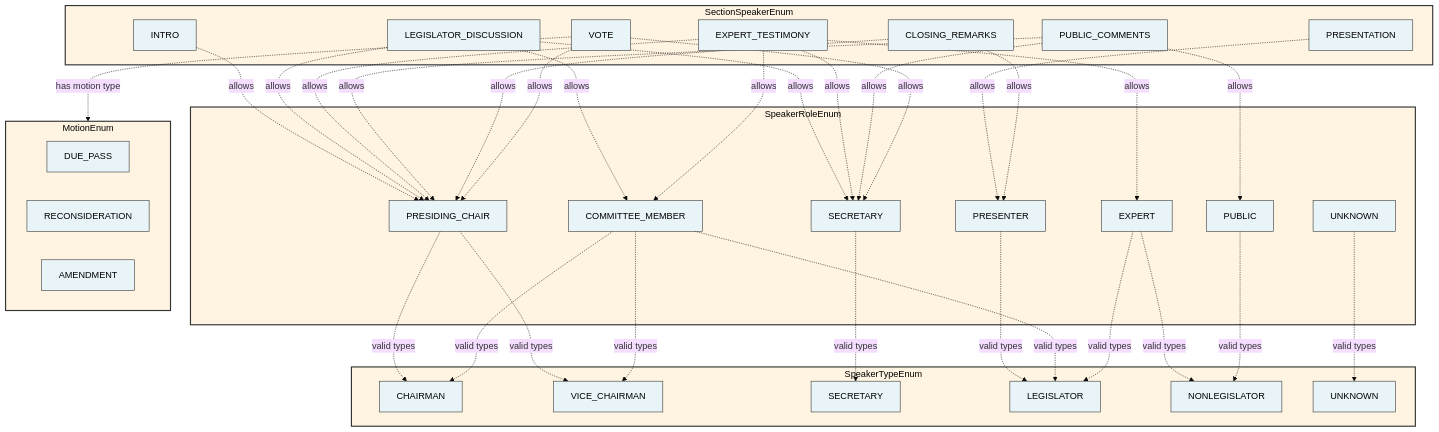
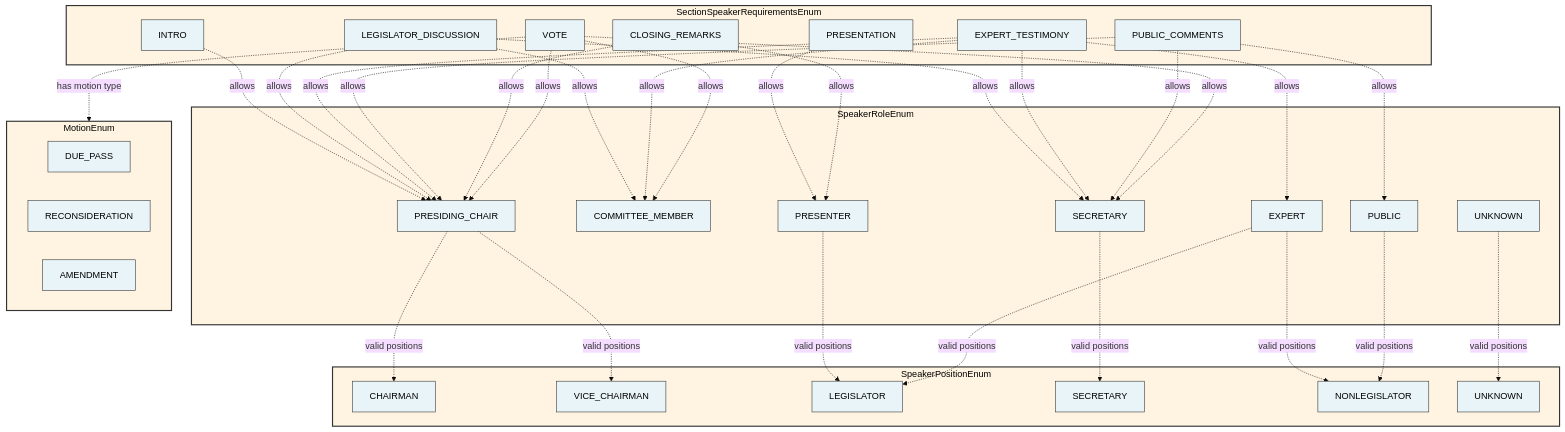
One commit to IsaacFigNewton/CommitteeHearingDiscourseParser changed the first of 2 diagrams in README.md. Above: the diagram before and after it, drawn with Mermaid (base theme). The commit also changed other lines of this file and 1 other file, not shown here.

Commit message:
updated data model figures
updated README.md
also updated INFERENCE_RULES.md table

````diff
--- a/README.md
+++ b/README.md
@@ -28,80 +30,78 @@
 ```mermaid
 graph TB
-    subgraph "SpeakerTypeEnum"
-        ST_CHAIRMAN[CHAIRMAN]
-        ST_VICE_CHAIRMAN[VICE_CHAIRMAN]
-        ST_SECRETARY[SECRETARY]
-        ST_LEGISLATOR[LEGISLATOR]
-        ST_NONLEGISLATOR[NONLEGISLATOR]
-        ST_UNKNOWN[UNKNOWN]
+    subgraph "SpeakerPositionEnum"
+        SP_CHAIRMAN[CHAIRMAN]
+        SP_VICE_CHAIRMAN[VICE_CHAIRMAN]
+        SP_LEGISLATOR[LEGISLATOR]
+        SP_SECRETARY[SECRETARY]
+        SP_NONLEGISLATOR[NONLEGISLATOR]
+        SP_UNKNOWN[UNKNOWN]
     end
 
     subgraph "SpeakerRoleEnum"
         SR_PRESIDING_CHAIR[PRESIDING_CHAIR]
+        SR_COMMITTEE_MEMBER[COMMITTEE_MEMBER]
         SR_SECRETARY[SECRETARY]
         SR_PRESENTER[PRESENTER]
-        SR_COMMITTEE_MEMBER[COMMITTEE_MEMBER]
         SR_EXPERT[EXPERT]
         SR_PUBLIC[PUBLIC]
         SR_UNKNOWN[UNKNOWN]
     end
 
-    subgraph "SectionSpeakerEnum"
+    subgraph "SectionSpeakerRequirementsEnum"
         INTRO[INTRO]
         PRESENTATION[PRESENTATION]
         LEGISLATOR_DISCUSSION[LEGISLATOR_DISCUSSION]
         EXPERT_TESTIMONY[EXPERT_TESTIMONY]
         PUBLIC_COMMENTS[PUBLIC_COMMENTS]
         CLOSING_REMARKS[CLOSING_REMARKS]
         VOTE[VOTE]
     end
 
     subgraph "MotionEnum"
         DUE_PASS[DUE_PASS]
         RECONSIDERATION[RECONSIDERATION]
         AMENDMENT[AMENDMENT]
     end
 
-    %% SpeakerRoleRequirementsEnum -> SpeakerTypeEnum mappings
-    SR_PRESIDING_CHAIR -.->|valid types| ST_CHAIRMAN
-    SR_PRESIDING_CHAIR -.->|valid types| ST_VICE_CHAIRMAN
-    SR_SECRETARY -.->|valid types| ST_SECRETARY
-    SR_PRESENTER -.->|valid types| ST_LEGISLATOR
-    SR_COMMITTEE_MEMBER -.->|valid types| ST_CHAIRMAN
-    SR_COMMITTEE_MEMBER -.->|valid types| ST_VICE_CHAIRMAN
-    SR_COMMITTEE_MEMBER -.->|valid types| ST_LEGISLATOR
-    SR_EXPERT -.->|valid types| ST_LEGISLATOR
-    SR_EXPERT -.->|valid types| ST_NONLEGISLATOR
-    SR_PUBLIC -.->|valid types| ST_NONLEGISLATOR
-    SR_UNKNOWN -.->|valid types| ST_UNKNOWN
+    %% SpeakerRoleRequirementsEnum -> SpeakerPositionEnum mappings
+    SR_PRESIDING_CHAIR -.->|valid positions| SP_CHAIRMAN
+    SR_PRESIDING_CHAIR -.->|valid positions| SP_VICE_CHAIRMAN
+    SR_SECRETARY -.->|valid positions| SP_SECRETARY
+    SR_PRESENTER -.->|valid positions| SP_LEGISLATOR
+    SR_EXPERT -.->|valid positions| SP_LEGISLATOR
+    SR_EXPERT -.->|valid positions| SP_NONLEGISLATOR
+    SR_PUBLIC -.->|valid positions| SP_NONLEGISLATOR
+    SR_UNKNOWN -.->|valid positions| SP_UNKNOWN
 
-    %% SectionSpeakerEnum -> SpeakerRoleEnum validations
+    %% SectionSpeakerRequirementsEnum -> SpeakerRoleEnum validations
     INTRO -.->|allows| SR_PRESIDING_CHAIR
     PRESENTATION -.->|allows| SR_PRESENTER
     LEGISLATOR_DISCUSSION -.->|allows| SR_PRESIDING_CHAIR
     LEGISLATOR_DISCUSSION -.->|allows| SR_SECRETARY
     LEGISLATOR_DISCUSSION -.->|allows| SR_COMMITTEE_MEMBER
     EXPERT_TESTIMONY -.->|allows| SR_PRESIDING_CHAIR
     EXPERT_TESTIMONY -.->|allows| SR_SECRETARY
     EXPERT_TESTIMONY -.->|allows| SR_COMMITTEE_MEMBER
     EXPERT_TESTIMONY -.->|allows| SR_EXPERT
     PUBLIC_COMMENTS -.->|allows| SR_PRESIDING_CHAIR
     PUBLIC_COMMENTS -.->|allows| SR_SECRETARY
     PUBLIC_COMMENTS -.->|allows| SR_PUBLIC
     CLOSING_REMARKS -.->|allows| SR_PRESIDING_CHAIR
     CLOSING_REMARKS -.->|allows| SR_PRESENTER
     VOTE -.->|allows| SR_PRESIDING_CHAIR
     VOTE -.->|allows| SR_SECRETARY
+    VOTE -.->|allows| SR_COMMITTEE_MEMBER
 
     %% VoteSection -> MotionEnum
     VOTE -.->|has motion type| MotionEnum
 
     classDef enumClass fill:#fff4e1,stroke:#333,stroke-width:2px,color:#000
     classDef valueClass fill:#e8f4f8,stroke:#333,stroke-width:1px,color:#000
 
-    class SpeakerTypeEnum,SpeakerRoleEnum,SectionSpeakerEnum,MotionEnum enumClass
-    class ST_CHAIRMAN,ST_VICE_CHAIRMAN,ST_SECRETARY,ST_LEGISLATOR,ST_NONLEGISLATOR,ST_UNKNOWN valueClass
+    class SpeakerPositionEnum,SpeakerRoleEnum,SectionSpeakerRequirementsEnum,MotionEnum enumClass
+    class SP_CHAIRMAN,SP_VICE_CHAIRMAN,SP_SECRETARY,SP_LEGISLATOR,SP_NONLEGISLATOR,SP_UNKNOWN valueClass
     class SR_PRESIDING_CHAIR,SR_SECRETARY,SR_PRESENTER,SR_COMMITTEE_MEMBER,SR_EXPERT,SR_PUBLIC,SR_UNKNOWN valueClass
     class INTRO,PRESENTATION,LEGISLATOR_DISCUSSION,EXPERT_TESTIMONY,PUBLIC_COMMENTS,CLOSING_REMARKS,VOTE valueClass
     class DUE_PASS,RECONSIDERATION,AMENDMENT valueClass
 ```
````
